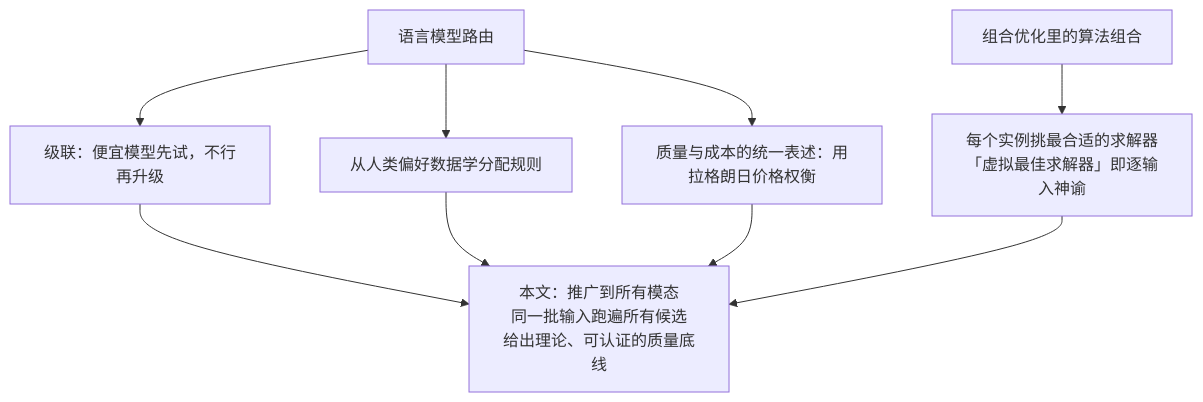
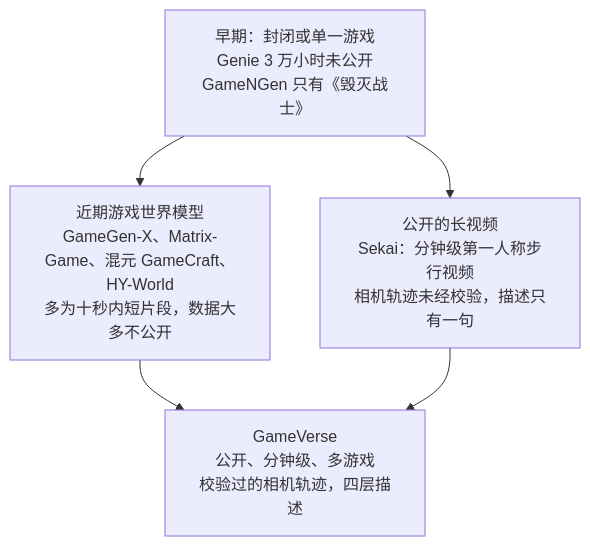
The first of 3 diagrams in docs/index.md (yingwang/paper-reads), drawn with Mermaid before and after one commit. The commit also changed other lines of this file and 2 other files, not shown here.

````diff
--- a/docs/index.md
+++ b/docs/index.md
@@ -58,11 +65,7 @@
 ```mermaid
 flowchart TD
-    A["语言模型路由"] --> A1["级联：便宜模型先试，不行再升级"]
-    A --> A2["从人类偏好数据学分配规则"]
-    A --> A3["质量与成本的统一表述：用拉格朗日价格权衡"]
-    B["组合优化里的算法组合"] --> B1["每个实例挑最合适的求解器<br/>「虚拟最佳求解器」即逐输入神谕"]
-    A1 --> C["本文：推广到所有模态<br/>同一批输入跑遍所有候选<br/>给出理论、可认证的质量底线"]
-    A2 --> C
-    A3 --> C
-    B1 --> C
+    A["早期：封闭或单一游戏<br/>Genie 3 万小时未公开<br/>GameNGen 只有《毁灭战士》"] --> B["近期游戏世界模型<br/>GameGen-X、Matrix-Game、混元 GameCraft、HY-World<br/>多为十秒内短片段，数据大多不公开"]
+    A --> C["公开的长视频<br/>Sekai：分钟级第一人称步行视频<br/>相机轨迹未经校验，描述只有一句"]
+    B --> D["GameVerse<br/>公开、分钟级、多游戏<br/>校验过的相机轨迹，四层描述"]
+    C --> D
 ```
````
